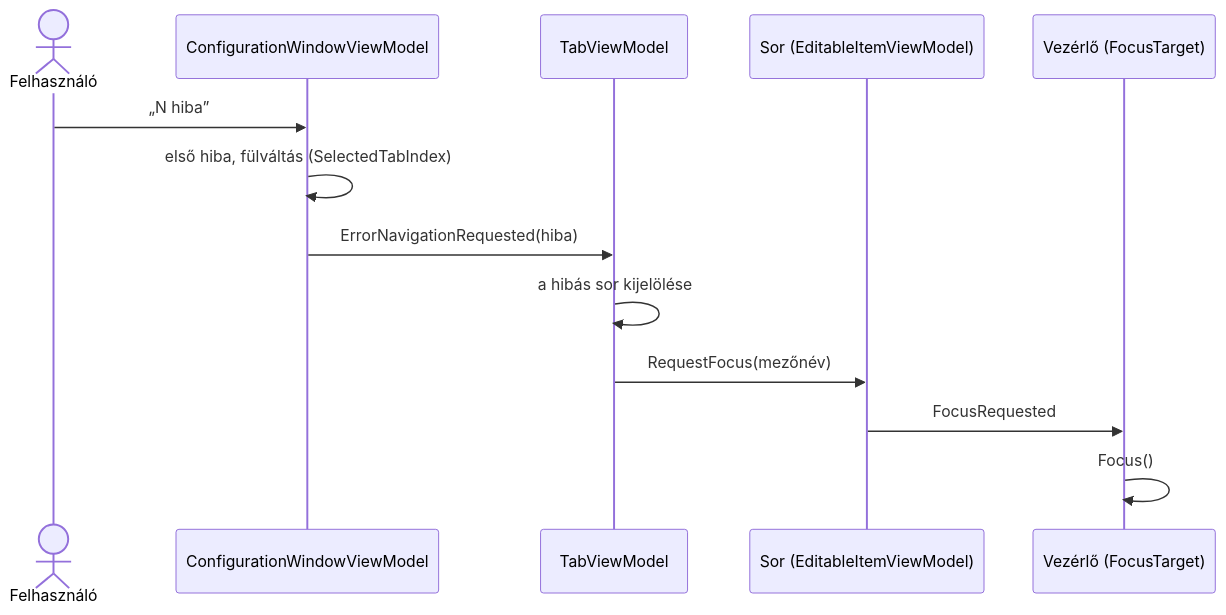
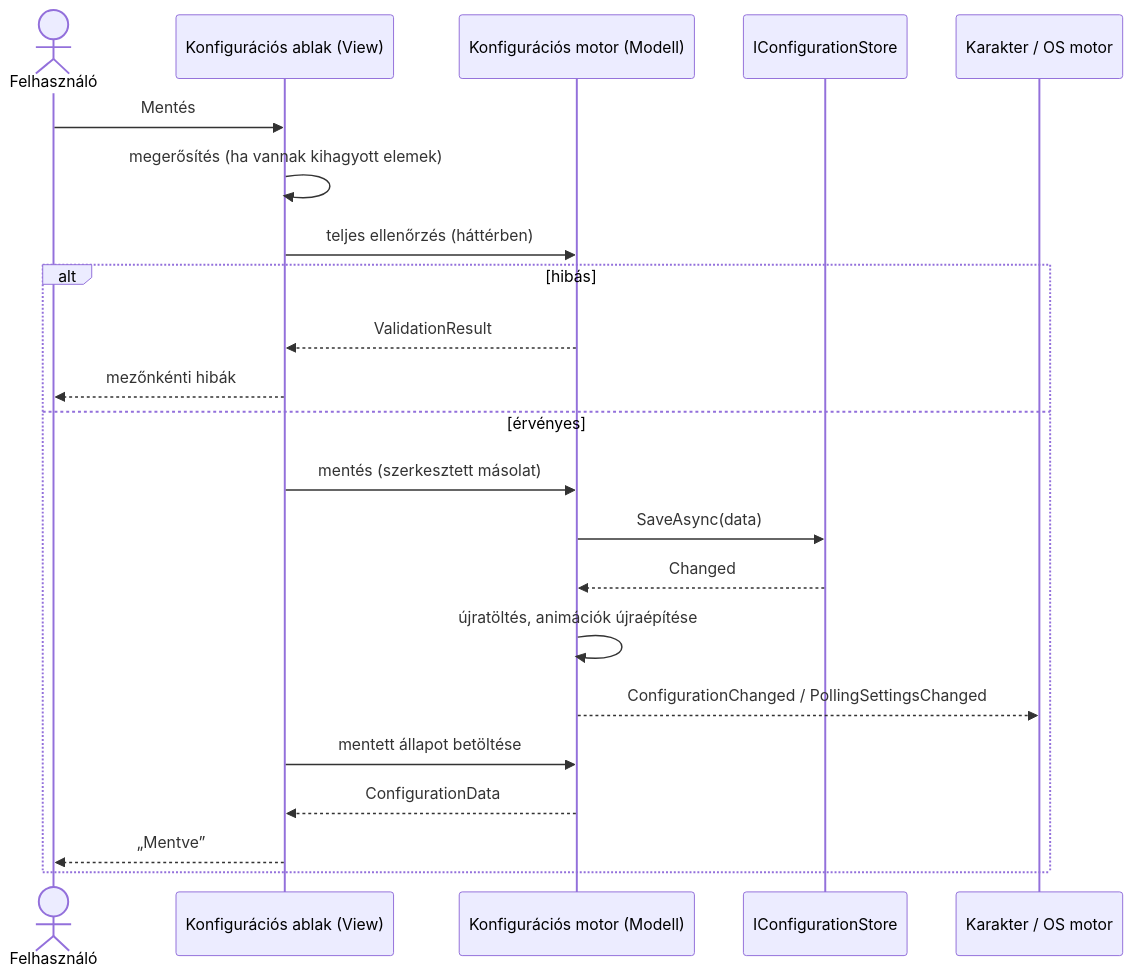
Before and after one commit to Keny3r/MonkeyStack_Szoftverarchitekturak_Hazi: the first of 2 diagrams in docs/configuration_engine/view.md, drawn with Mermaid. The commit also changed other lines of this file and 44 other files, not shown here.

````diff
--- a/docs/configuration_engine/view.md
+++ b/docs/configuration_engine/view.md
@@ -97,16 +297,25 @@
 ```mermaid
 sequenceDiagram
     actor U as Felhasználó
-    participant W as ConfigurationWindowViewModel
-    participant T as TabViewModel
-    participant R as Sor (EditableItemViewModel)
-    participant F as Vezérlő (FocusTarget)
+    participant V as Konfigurációs ablak (View)
+    participant M as Konfigurációs motor (Modell)
+    participant S as IConfigurationStore
+    participant C as Karakter / OS motor
 
-    U->>W: „N hiba”
-    W->>W: első hiba, fülváltás (SelectedTabIndex)
-    W->>T: ErrorNavigationRequested(hiba)
-    T->>T: a hibás sor kijelölése
-    T->>R: RequestFocus(mezőnév)
-    R->>F: FocusRequested
-    F->>F: Focus()
+    U->>V: Mentés
+    V->>V: megerősítés (ha vannak kihagyott elemek)
+    V->>M: teljes ellenőrzés (háttérben)
+    alt hibás
+        M-->>V: ValidationResult
+        V-->>U: mezőnkénti hibák
+    else érvényes
+        V->>M: mentés (szerkesztett másolat)
+        M->>S: SaveAsync(data)
+        S-->>M: Changed
+        M->>M: újratöltés, animációk újraépítése
+        M-->>C: ConfigurationChanged / PollingSettingsChanged
+        V->>M: mentett állapot betöltése
+        M-->>V: ConfigurationData
+        V-->>U: „Mentve”
+    end
 ```
````
